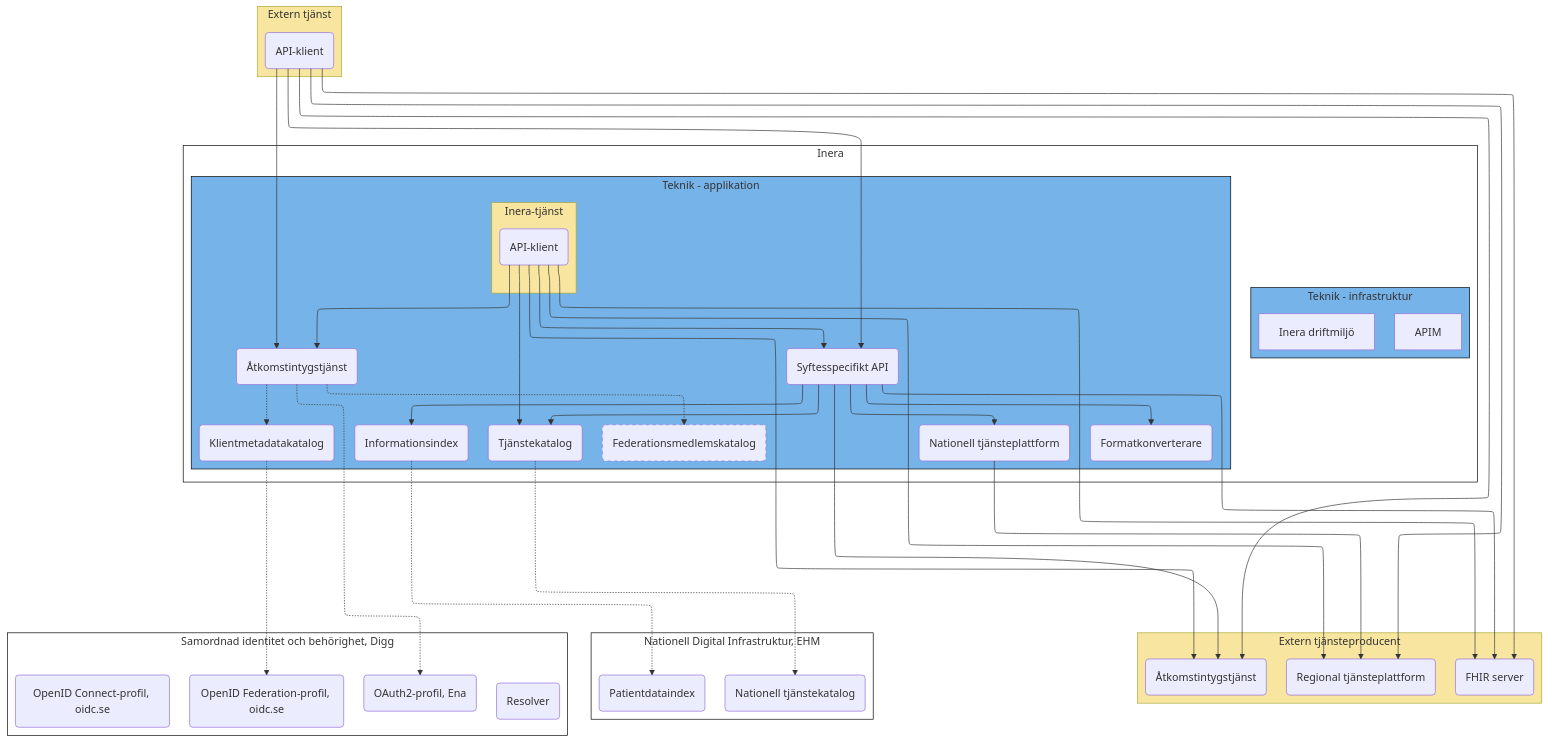
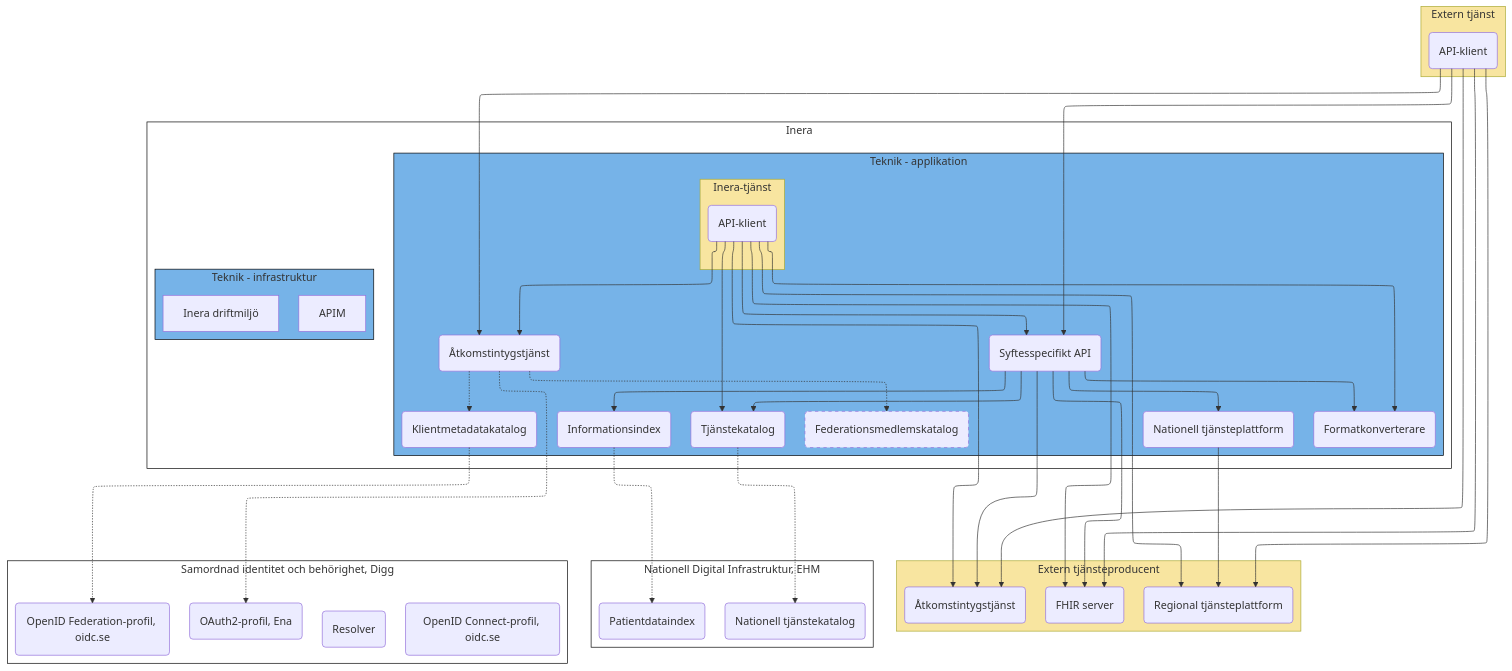
One commit to anders-malmros-inera/t2mmd changed the first of 3 diagrams in T2-krav/solution.md. Above: the diagram before and after it, drawn with Mermaid. The commit also changed other lines of this file, not shown here.

Commit message:
Refactor solution architecture for clarity and consistency

````diff
--- a/T2-krav/solution.md
+++ b/T2-krav/solution.md
@@ -73,9 +73,6 @@
 %% Anropa externa BP2.1-tjänster
 itp1 --> vp --> tprtp
 
-%% Konvertera svar till det format (BP2.1/FHIR) som klienten önskar
-itp1 --> sifk
-
 %% anropa producent-API för att göra diret anrop eller hämta refererad data i aggregerat svar
 itk1 --> tpas & tpfs & tprtp
 
@@ -85,8 +82,10 @@
 %% extern konsument anropar producent-API direkt för att hämta refererad data
 tkc --> tpas & tpfs  & tprtp
 
-%% 
-sifmk ~~~ tpas
+%% Konvertera svar till det format (BP2.1/FHIR) som klienten önskar
+itk1 & itp1 --> sifk
+
+
 
 style inera fill:#FFFFFF,stroke:#000000
 style app fill:#76b3e8,stroke:#000000
@@ -100,6 +99,7 @@
 
 
 %% Formatting for elk renderer
+sifmk ~~~ tpas
 
 %% Formatting for dagre (standard) renderer
 ```
````
